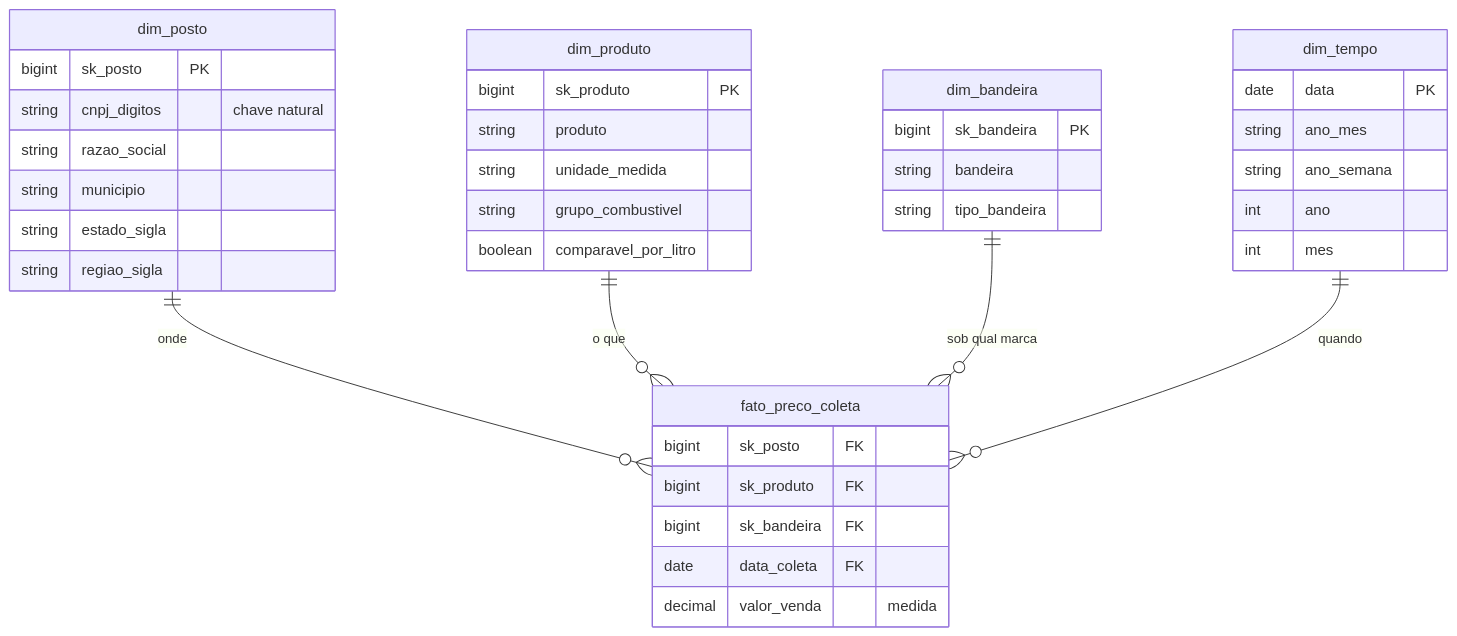
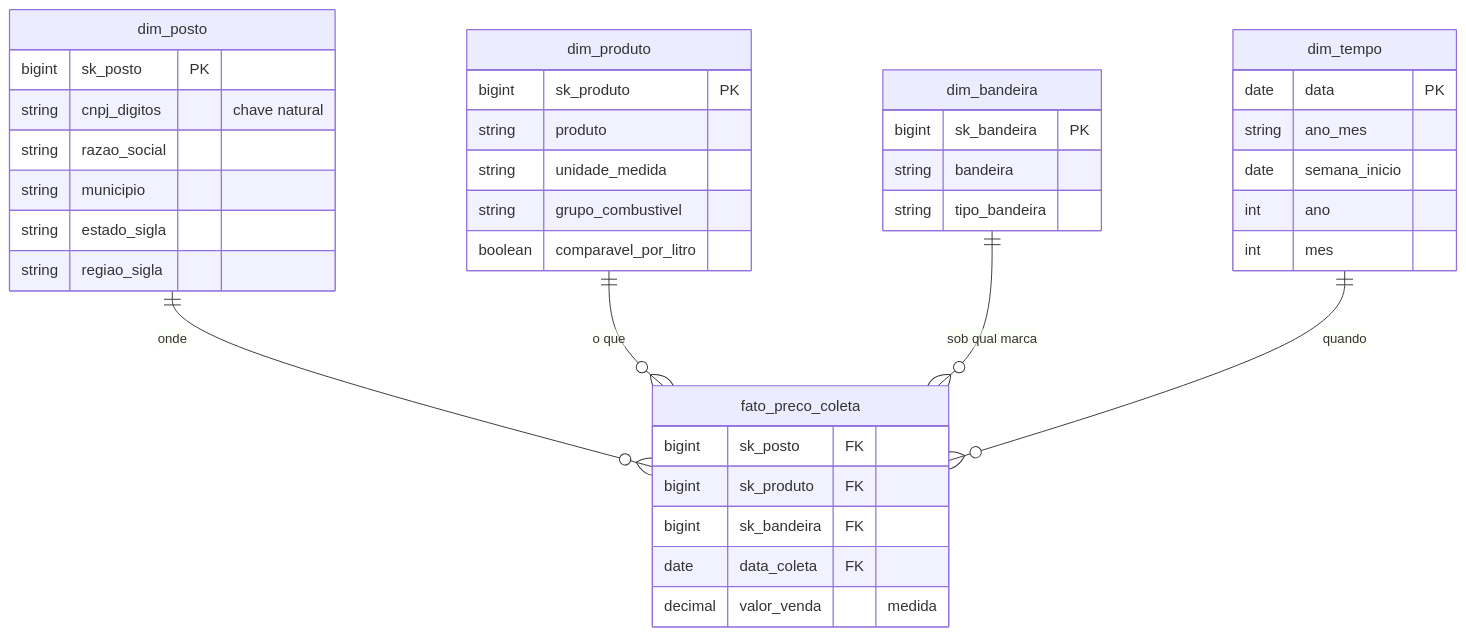
The diagram in docs/modelagem.md (MateusMMatos/mvp-pipeline-precos-combustiveis), drawn with Mermaid before and after one commit. The commit also changed other lines of this file and 1 other file, not shown here.

Commit message:
Corrige a identificacao de semana na dimensao de tempo

````diff
--- a/docs/modelagem.md
+++ b/docs/modelagem.md
@@ -110,42 +115,42 @@
 ```mermaid
 erDiagram
     dim_posto ||--o{ fato_preco_coleta : "onde"
     dim_produto ||--o{ fato_preco_coleta : "o que"
     dim_bandeira ||--o{ fato_preco_coleta : "sob qual marca"
     dim_tempo ||--o{ fato_preco_coleta : "quando"
 
     fato_preco_coleta {
         bigint sk_posto FK
         bigint sk_produto FK
         bigint sk_bandeira FK
         date data_coleta FK
         decimal valor_venda "medida"
     }
     dim_posto {
         bigint sk_posto PK
         string cnpj_digitos "chave natural"
         string razao_social
         string municipio
         string estado_sigla
         string regiao_sigla
     }
     dim_produto {
         bigint sk_produto PK
         string produto
         string unidade_medida
         string grupo_combustivel
         boolean comparavel_por_litro
     }
     dim_bandeira {
         bigint sk_bandeira PK
         string bandeira
         string tipo_bandeira
     }
     dim_tempo {
         date data PK
         string ano_mes
-        string ano_semana
+        date semana_inicio
         int ano
         int mes
     }
 ```
````
